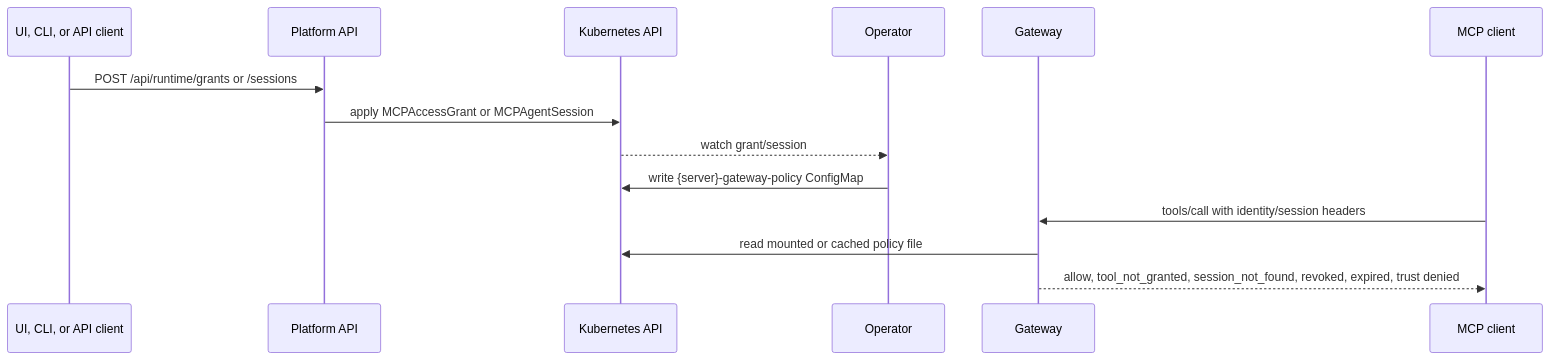
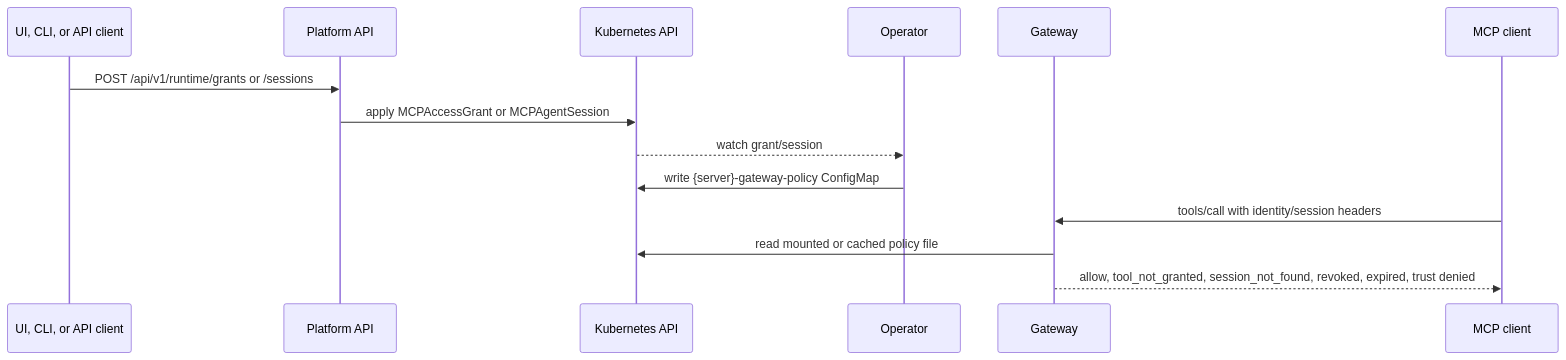
One commit to Agent-Hellboy/mcp-runtime changed the sixth of 9 diagrams in docs/internals/request-flows.md. Above: the diagram before and after it, drawn with Mermaid. The commit also changed other lines of this file and 351 other files, not shown here.

First line of the commit message:
feat(sentinel): split mcp-sentinel-api into platform, runtime, and analytics services (#324)

````diff
--- a/docs/internals/request-flows.md
+++ b/docs/internals/request-flows.md
@@ -193,17 +195,17 @@
 ```mermaid
 sequenceDiagram
     participant Caller as UI, CLI, or API client
     participant API as Platform API
     participant K8s as Kubernetes API
     participant Operator
     participant Gateway
     participant Client as MCP client
 
-    Caller->>API: POST /api/runtime/grants or /sessions
+    Caller->>API: POST /api/v1/runtime/grants or /sessions
     API->>K8s: apply MCPAccessGrant or MCPAgentSession
     K8s-->>Operator: watch grant/session
     Operator->>K8s: write {server}-gateway-policy ConfigMap
     Client->>Gateway: tools/call with identity/session headers
     Gateway->>K8s: read mounted or cached policy file
     Gateway-->>Client: allow, tool_not_granted, session_not_found, revoked, expired, trust denied
 ```
````
